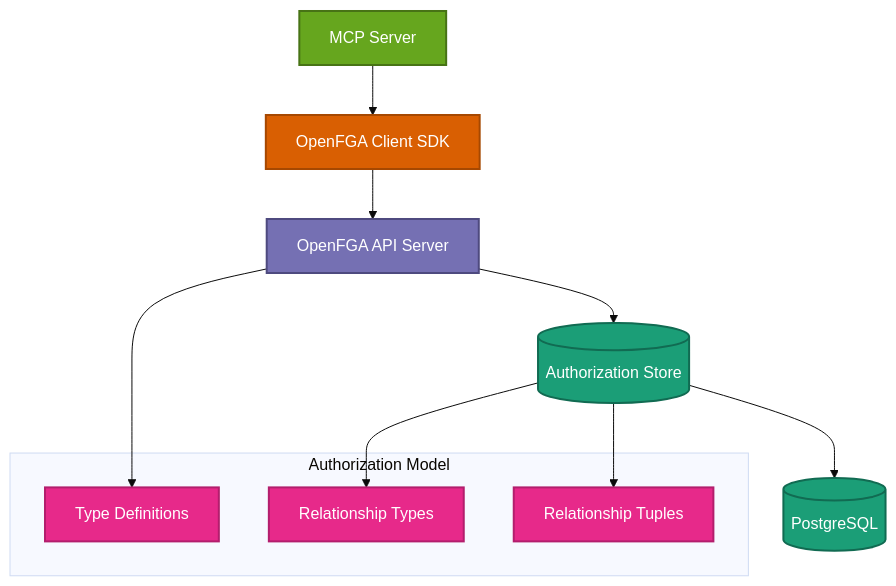
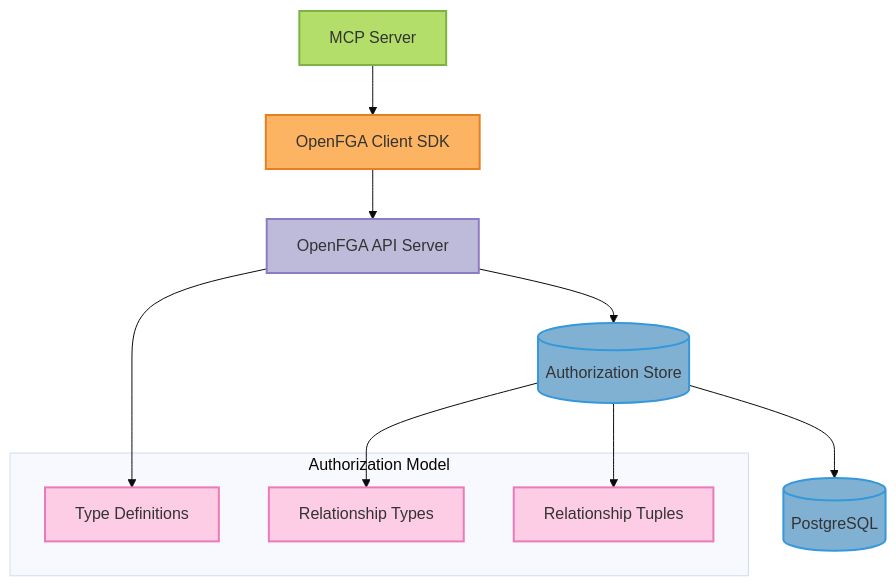
One commit to vishnu2kmohan/mcp-server-langgraph changed the diagram in docs/guides/openfga-setup.mdx. Above: the diagram before and after it, drawn with Mermaid (base theme). The commit also changed 11 other files, not shown here.

First line of the commit message:
style: migrate all diagrams from Dark2 to Set3 ColorBrewer2 palette

````diff
--- a/docs/guides/openfga-setup.mdx
+++ b/docs/guides/openfga-setup.mdx
@@ -17,30 +17,30 @@
 ```mermaid
 graph TB
     App[MCP Server] --> Client[OpenFGA Client SDK]
     Client --> API[OpenFGA API Server]
     API --> Store[(Authorization Store)]
     Store --> PG[(PostgreSQL)]
 
     subgraph Authorization_Model["Authorization Model"]
         Model[Type Definitions]
         Relations[Relationship Types]
         Tuples[Relationship Tuples]
     end
 
     API --> Model
     Store --> Relations
     Store --> Tuples
 
-    %% ColorBrewer2 Dark2 palette styling
-    classDef appStyle fill:#66a61e,stroke:#477315,stroke-width:2px,color:#fff
-    classDef sdkStyle fill:#d95f02,stroke:#a64801,stroke-width:2px,color:#fff
-    classDef serverStyle fill:#7570b3,stroke:#4e4a7f,stroke-width:2px,color:#fff
-    classDef dataStyle fill:#1b9e77,stroke:#116b52,stroke-width:2px,color:#fff
-    classDef modelStyle fill:#e7298a,stroke:#b31e6d,stroke-width:2px,color:#fff
+    %% ColorBrewer2 Set3 palette styling
+    classDef appStyle fill:#b3de69,stroke:#7cb342,stroke-width:2px,color:#333
+    classDef sdkStyle fill:#fdb462,stroke:#e67e22,stroke-width:2px,color:#333
+    classDef serverStyle fill:#bebada,stroke:#8e7cc3,stroke-width:2px,color:#333
+    classDef dataStyle fill:#80b1d3,stroke:#3498db,stroke-width:2px,color:#333
+    classDef modelStyle fill:#fccde5,stroke:#ec7ab8,stroke-width:2px,color:#333
 
     class App appStyle
     class Client sdkStyle
     class API serverStyle
     class Store,PG dataStyle
     class Model,Relations,Tuples modelStyle
 ```
````
